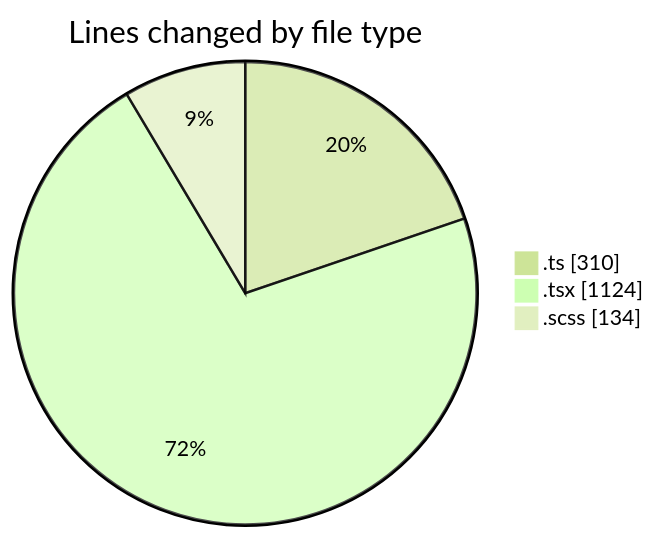
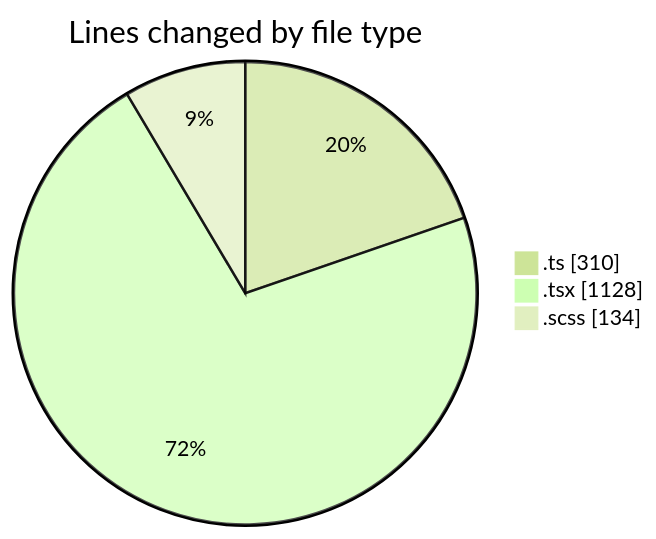
Before and after one commit to momahboobian/code-tracking: the first of 2 diagrams in 2026-09-09/cda/README.md, drawn with Mermaid (forest theme). The commit also changed other lines of this file and 1 other file, not shown here.

````diff
--- a/2026-09-09/cda/README.md
+++ b/2026-09-09/cda/README.md
@@ -34,7 +34,7 @@
 ```mermaid
 pie showData
 title Lines changed by file type
 ".ts" : 310
-".tsx" : 1124
+".tsx" : 1128
 ".scss" : 134
 ```
````
